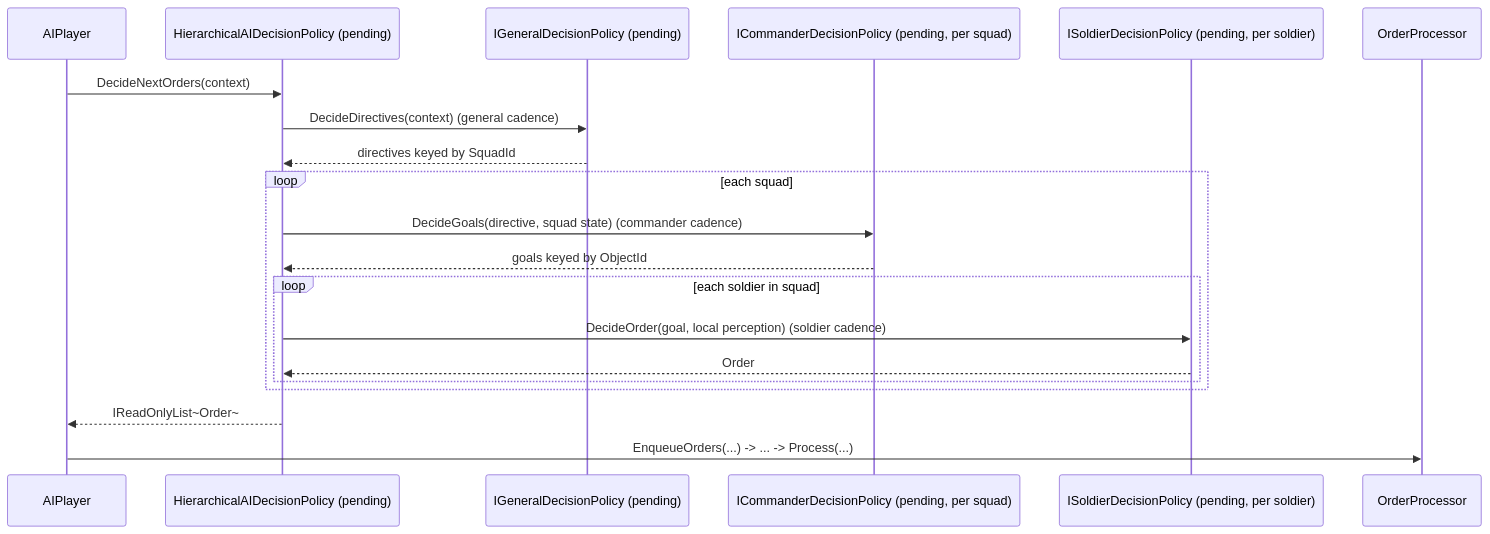
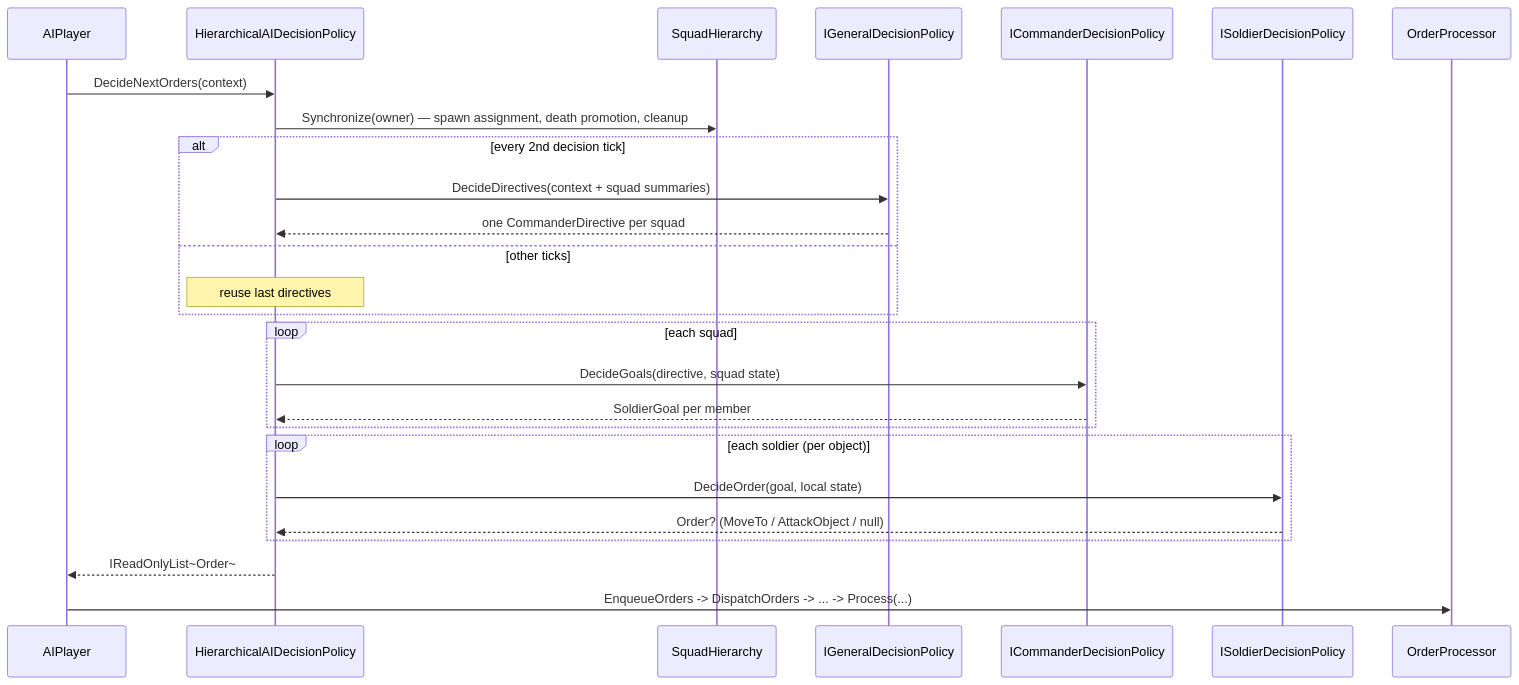
Before and after one commit to rmessinger/Panopticon: the second of 2 diagrams in docs/roadmap/deep-dives/a4-decentralized-hierarchical-ai.md, drawn with Mermaid. The commit also changed other lines of this file and 1 other file, not shown here.

Commit message:
WI-A4-17: ground hierarchical AI design and diagrams

````diff
--- a/docs/roadmap/deep-dives/a4-decentralized-hierarchical-ai.md
+++ b/docs/roadmap/deep-dives/a4-decentralized-hierarchical-ai.md
@@ -313,23 +377,29 @@
 ```mermaid
 sequenceDiagram
   participant AP as AIPlayer
-  participant H as HierarchicalAIDecisionPolicy (pending)
-  participant G as IGeneralDecisionPolicy (pending)
-  participant C as ICommanderDecisionPolicy (pending, per squad)
-  participant S as ISoldierDecisionPolicy (pending, per soldier)
+  participant H as HierarchicalAIDecisionPolicy
+  participant SQ as SquadHierarchy
+  participant G as IGeneralDecisionPolicy
+  participant C as ICommanderDecisionPolicy
+  participant S as ISoldierDecisionPolicy
   participant OP as OrderProcessor
 
   AP->>H: DecideNextOrders(context)
-  H->>G: DecideDirectives(context) (general cadence)
-  G-->>H: directives keyed by SquadId
+  H->>SQ: Synchronize(owner) — spawn assignment, death promotion, cleanup
+  alt every 2nd decision tick
+    H->>G: DecideDirectives(context + squad summaries)
+    G-->>H: one CommanderDirective per squad
+  else other ticks
+    Note over H: reuse last directives
+  end
   loop each squad
-    H->>C: DecideGoals(directive, squad state) (commander cadence)
-    C-->>H: goals keyed by ObjectId
-    loop each soldier in squad
-      H->>S: DecideOrder(goal, local perception) (soldier cadence)
-      S-->>H: Order
-    end
+    H->>C: DecideGoals(directive, squad state)
+    C-->>H: SoldierGoal per member
+  end
+  loop each soldier (per object)
+    H->>S: DecideOrder(goal, local state)
+    S-->>H: Order? (MoveTo / AttackObject / null)
   end
   H-->>AP: IReadOnlyList~Order~
-  AP->>OP: EnqueueOrders(...) -> ... -> Process(...)
+  AP->>OP: EnqueueOrders -> DispatchOrders -> ... -> Process(...)
 ```
````
